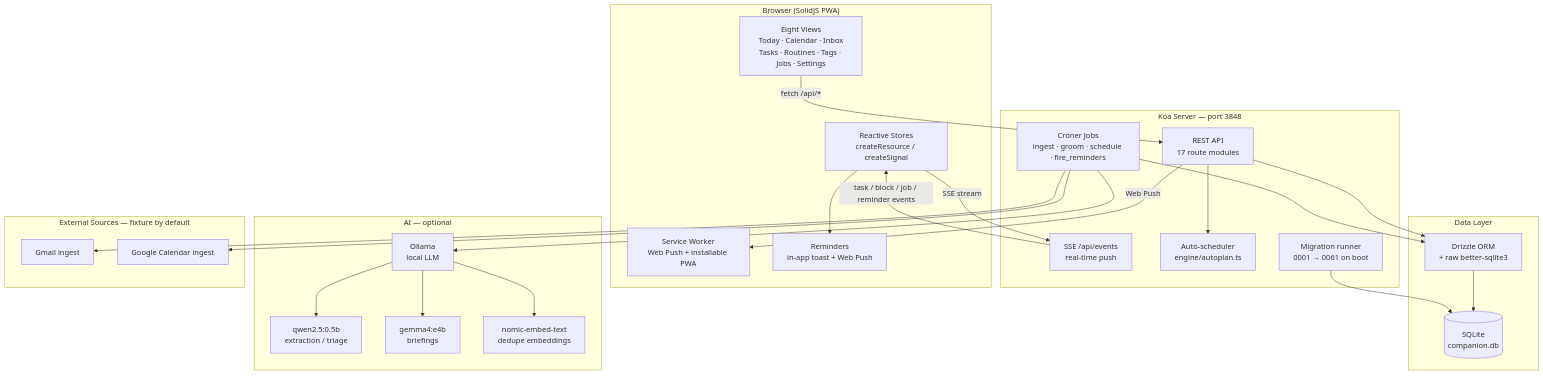
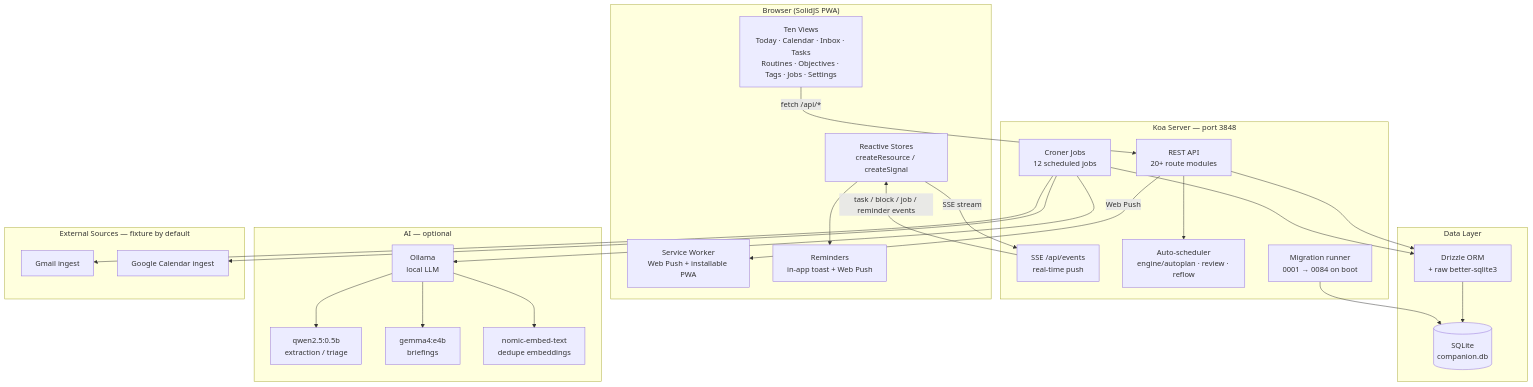
Before and after one commit to companionintelligence/CI-Planning: the diagram in README.md, drawn with Mermaid. The commit also changed other lines of this file and 3 other files, not shown here.

First line of the commit message:
docs: update ARCHITECTURE, README, ROADMAP, GLOSSARY for Phase N shipped state

````diff
--- a/README.md
+++ b/README.md
@@ -30,51 +30,51 @@
 ```mermaid
 graph TB
     subgraph Browser["Browser (SolidJS PWA)"]
-        UI[Eight Views<br/>Today · Calendar · Inbox<br/>Tasks · Routines · Tags · Jobs · Settings]
+        UI[Ten Views<br/>Today · Calendar · Inbox · Tasks<br/>Routines · Objectives · Tags · Jobs · Settings]
         Store[Reactive Stores<br/>createResource / createSignal]
         SW[Service Worker<br/>Web Push + installable PWA]
         BN[Reminders<br/>in-app toast + Web Push]
     end
 
     subgraph Server["Koa Server — port 3848"]
-        API[REST API<br/>17 route modules]
+        API[REST API<br/>20+ route modules]
         SSE[SSE /api/events<br/>real-time push]
-        Engine[Auto-scheduler<br/>engine/autoplan.ts]
-        Cron[Croner Jobs<br/>ingest · groom · schedule · fire_reminders]
-        Migrate[Migration runner<br/>0001 → 0061 on boot]
+        Engine[Auto-scheduler<br/>engine/autoplan · review · reflow]
+        Cron[Croner Jobs<br/>12 scheduled jobs]
+        Migrate[Migration runner<br/>0001 → 0084 on boot]
     end
 
     subgraph Data["Data Layer"]
         DB[(SQLite<br/>companion.db)]
         Drizzle[Drizzle ORM<br/>+ raw better-sqlite3]
     end
 
     subgraph AI["AI — optional"]
         Ollama[Ollama<br/>local LLM]
         Small["qwen2.5:0.5b<br/>extraction / triage"]
         Medium["gemma4:e4b<br/>briefings"]
         Embed["nomic-embed-text<br/>dedupe embeddings"]
     end
 
     subgraph Sources["External Sources — fixture by default"]
         Gmail[Gmail ingest]
         GCal[Google Calendar ingest]
     end
 
     UI -->|"fetch /api/*"| API
     Store -->|SSE stream| SSE
     API --> Engine
     API --> Drizzle
     Cron --> Drizzle
     Cron --> Ollama
     Cron --> Gmail
     Cron --> GCal
     Drizzle --> DB
     Migrate --> DB
     Ollama --> Small
     Ollama --> Medium
     Ollama --> Embed
     SSE -->|task / block / job / reminder events| Store
     Store --> BN
     API -->|Web Push| SW
 ```
````
